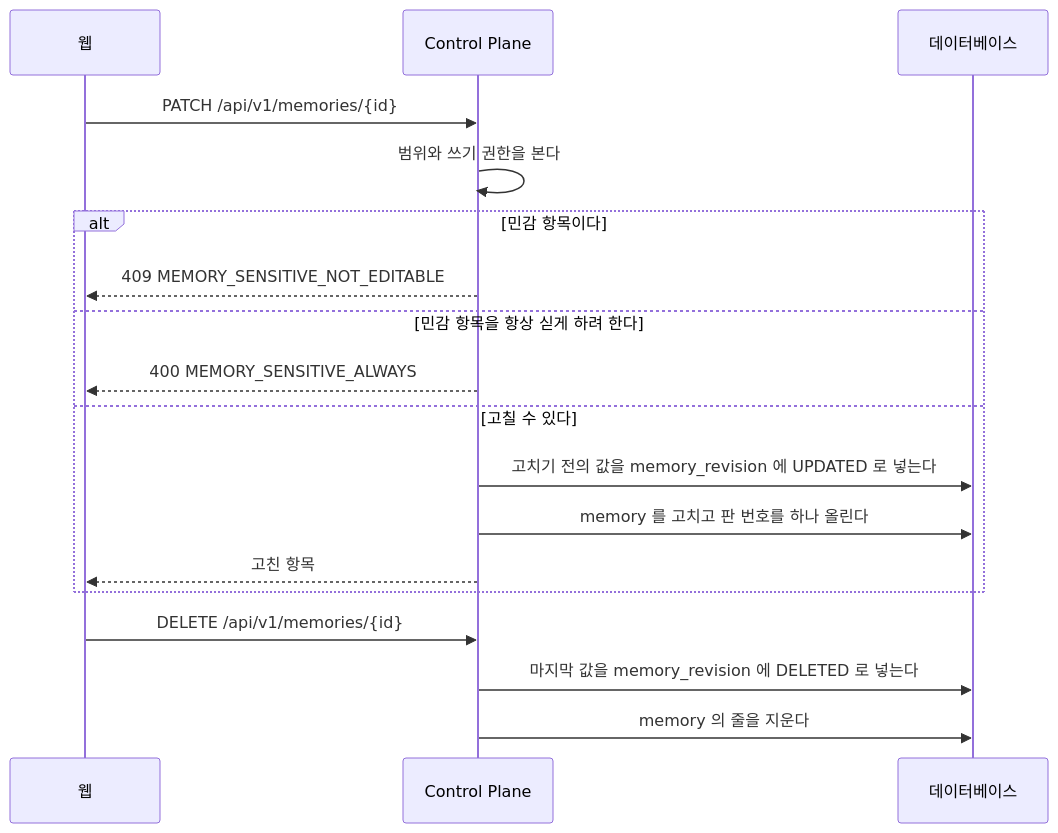
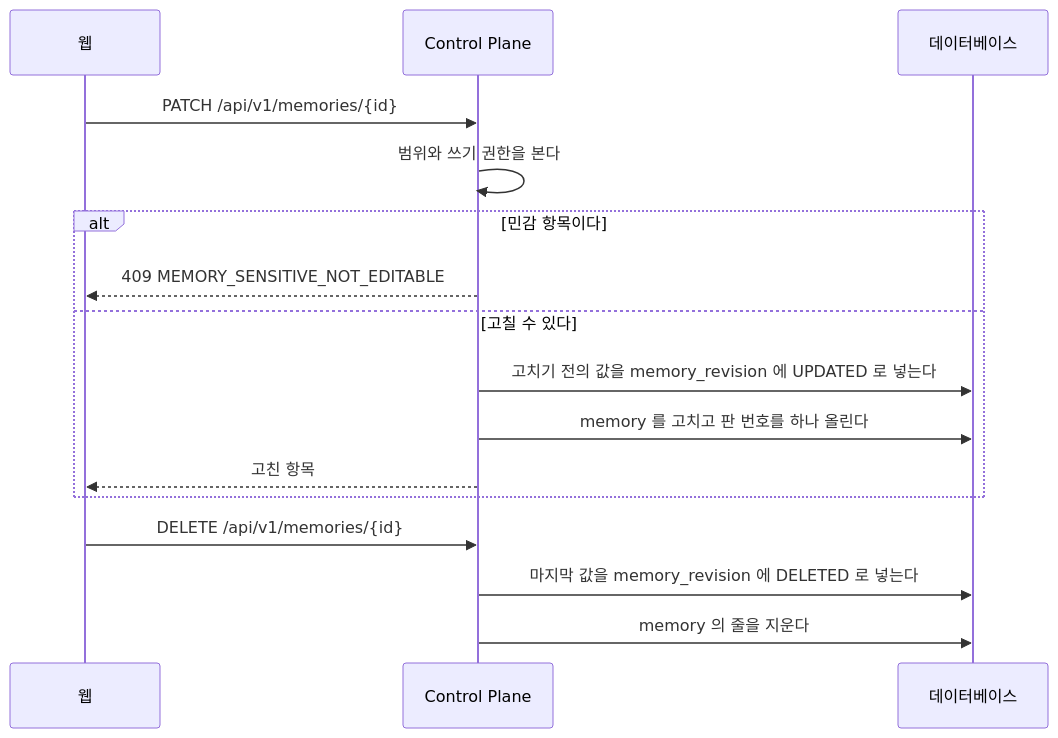
One commit to jon890/fos-assistant changed diagram 20 of 33 in docs/flow.md. Above: the diagram before and after it, drawn with Mermaid. The commit also changed other lines of this file and 2 other files, not shown here.

Commit message:
docs(docs): 계획 검토가 찾은 기존 검사 충돌과 빠진 검증을 계획서에 반영한다

````diff
--- a/docs/flow.md
+++ b/docs/flow.md
@@ -995,21 +995,19 @@
 ```mermaid
 sequenceDiagram
     participant W as 웹
     participant C as Control Plane
     participant D as 데이터베이스
 
     W->>C: PATCH /api/v1/memories/{id}
     C->>C: 범위와 쓰기 권한을 본다
     alt 민감 항목이다
         C-->>W: 409 MEMORY_SENSITIVE_NOT_EDITABLE
-    else 민감 항목을 항상 싣게 하려 한다
-        C-->>W: 400 MEMORY_SENSITIVE_ALWAYS
     else 고칠 수 있다
         C->>D: 고치기 전의 값을 memory_revision 에 UPDATED 로 넣는다
         C->>D: memory 를 고치고 판 번호를 하나 올린다
         C-->>W: 고친 항목
     end
     W->>C: DELETE /api/v1/memories/{id}
     C->>D: 마지막 값을 memory_revision 에 DELETED 로 넣는다
     C->>D: memory 의 줄을 지운다
 ```
````
